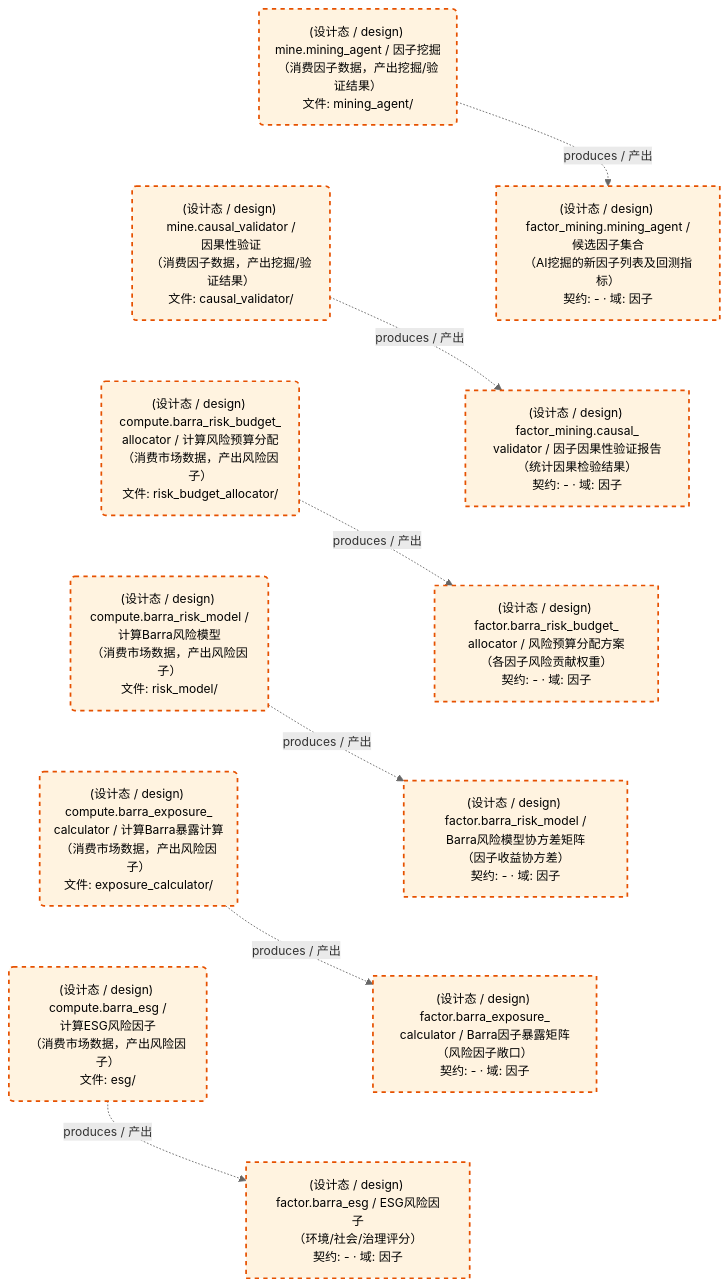
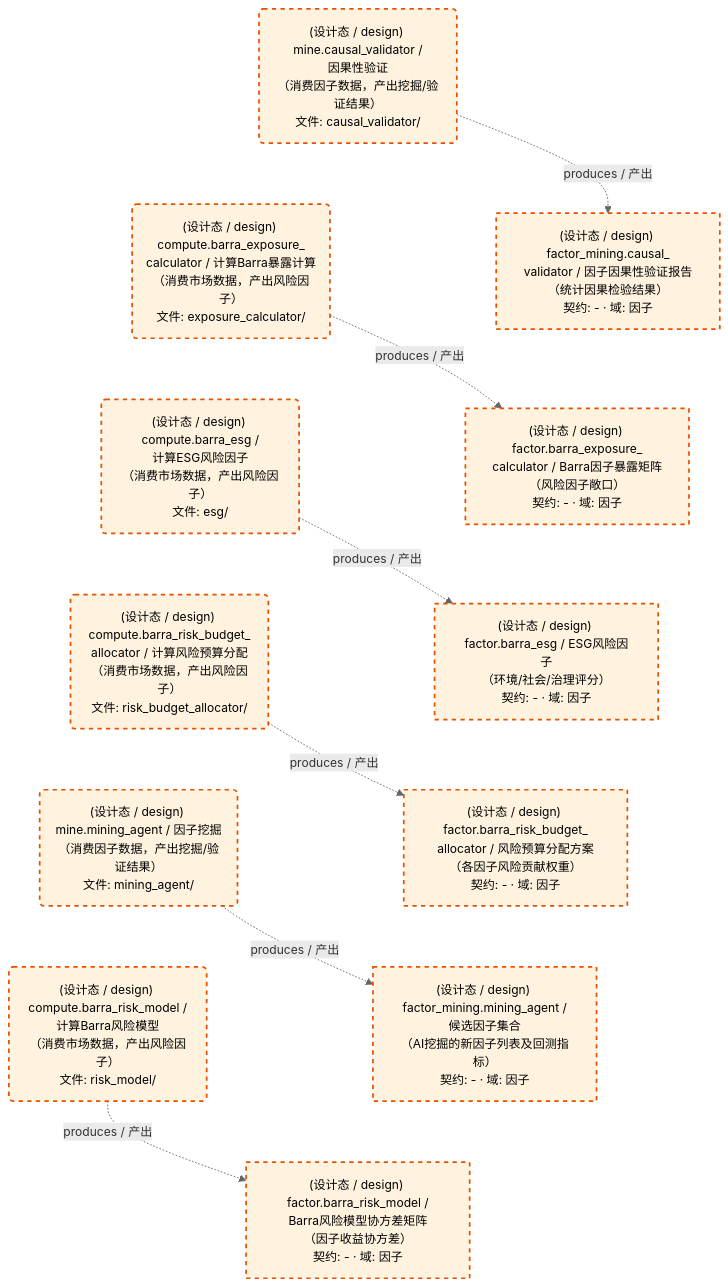
The second of 2 diagrams in docs/02_enterprise_architecture/05_dataflow_architecture/d_factor_barra_mine.md (xuanFelixVan/ZephyrAlpha), drawn with Mermaid before and after one commit. The commit also changed other lines of this file and 12 other files, not shown here.

````diff
--- a/docs/02_enterprise_architecture/05_dataflow_architecture/d_factor_barra_mine.md
+++ b/docs/02_enterprise_architecture/05_dataflow_architecture/d_factor_barra_mine.md
@@ -95,37 +95,37 @@
 ```mermaid
 %%{init: {'theme': 'base', 'themeVariables': {'primaryColor': '#eaeaea', 'primaryTextColor': '#333333', 'primaryBorderColor': '#666666', 'lineColor': '#666666', 'secondaryColor': '#eaeaea', 'tertiaryColor': '#eaeaea', 'clusterBkg': 'transparent', 'clusterBorder': 'transparent', 'fontSize': '14px'}}}%%
 flowchart TD
     DS11239["(设计态 / design) factor.barra_esg / ESG风险因子<br/>（环境/社会/治理评分）<br/>契约: - · 域: 因子"]
     DS11240["(设计态 / design) factor.barra_exposure_<br/>calculator / Barra因子暴露矩阵<br/>（风险因子敞口）<br/>契约: - · 域: 因子"]
     DS11241["(设计态 / design) factor.barra_risk_budget_<br/>allocator / 风险预算分配方案<br/>（各因子风险贡献权重）<br/>契约: - · 域: 因子"]
     DS11242["(设计态 / design) factor.barra_risk_model /<br/>Barra风险模型协方差矩阵<br/>（因子收益协方差）<br/>契约: - · 域: 因子"]
     DS11243["(设计态 / design) factor_mining.causal_<br/>validator / 因子因果性验证报告<br/>（统计因果检验结果）<br/>契约: - · 域: 因子"]
     DS11244["(设计态 / design) factor_mining.mining_agent /<br/>候选因子集合<br/>（AI挖掘的新因子列表及回测指标）<br/>契约: - · 域: 因子"]
     JOB757603("(设计态 / design) compute.barra_esg /<br/>计算ESG风险因子<br/>（消费市场数据，产出风险因子）<br/>文件: esg/")
     JOB757604("(设计态 / design) compute.barra_exposure_<br/>calculator / 计算Barra暴露计算<br/>（消费市场数据，产出风险因子）<br/>文件: exposure_calculator/")
     JOB757605("(设计态 / design) compute.barra_risk_budget_<br/>allocator / 计算风险预算分配<br/>（消费市场数据，产出风险因子）<br/>文件: risk_budget_allocator/")
     JOB757606("(设计态 / design) compute.barra_risk_model /<br/>计算Barra风险模型<br/>（消费市场数据，产出风险因子）<br/>文件: risk_model/")
     JOB757607("(设计态 / design) mine.causal_validator /<br/>因果性验证<br/>（消费因子数据，产出挖掘/验证结果）<br/>文件: causal_validator/")
     JOB757608("(设计态 / design) mine.mining_agent / 因子挖掘<br/>（消费因子数据，产出挖掘/验证结果）<br/>文件: mining_agent/")
     JOB757603 -.->|produces / 产出| DS11239
     JOB757604 -.->|produces / 产出| DS11240
     JOB757605 -.->|produces / 产出| DS11241
     JOB757606 -.->|produces / 产出| DS11242
     JOB757607 -.->|produces / 产出| DS11243
     JOB757608 -.->|produces / 产出| DS11244
-    JOB757608 ~~~ JOB757607
-    JOB757607 ~~~ JOB757605
-    JOB757605 ~~~ JOB757606
-    JOB757606 ~~~ JOB757604
+    JOB757607 ~~~ JOB757604
     JOB757604 ~~~ JOB757603
-    DS11244 ~~~ DS11243
-    DS11243 ~~~ DS11241
-    DS11241 ~~~ DS11242
-    DS11242 ~~~ DS11240
+    JOB757603 ~~~ JOB757605
+    JOB757605 ~~~ JOB757608
+    JOB757608 ~~~ JOB757606
+    DS11243 ~~~ DS11240
     DS11240 ~~~ DS11239
+    DS11239 ~~~ DS11241
+    DS11241 ~~~ DS11244
+    DS11244 ~~~ DS11242
     classDef production fill:#e1f5fe,stroke:#01579b,stroke-width:2px,color:#000
     classDef design fill:#fff3e0,stroke:#e65100,stroke-width:2px,color:#000,stroke-dasharray: 5 5
     classDef external_prod fill:#e8f4fd,stroke:#0277bd,stroke-width:1px,color:#000
     classDef external_design fill:#fff8e7,stroke:#ef6c00,stroke-width:1px,color:#000,stroke-dasharray: 5 5
     class DS11239,DS11240,DS11241,DS11242,DS11243,DS11244,JOB757603,JOB757604,JOB757605,JOB757606,JOB757607,JOB757608 design
 ```
````
